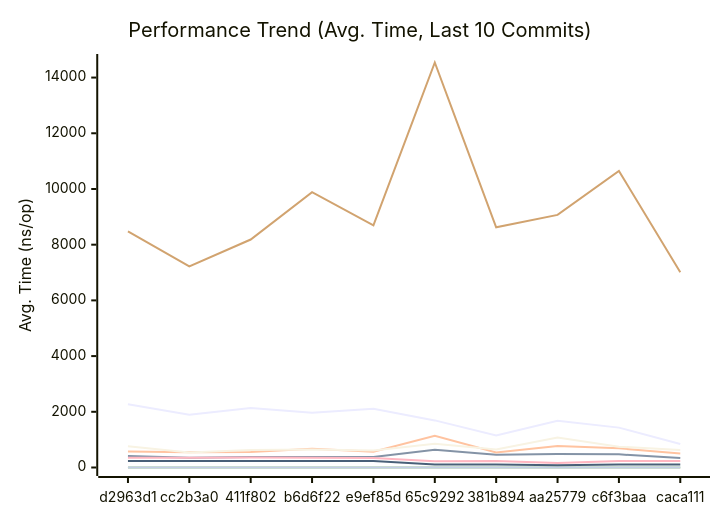
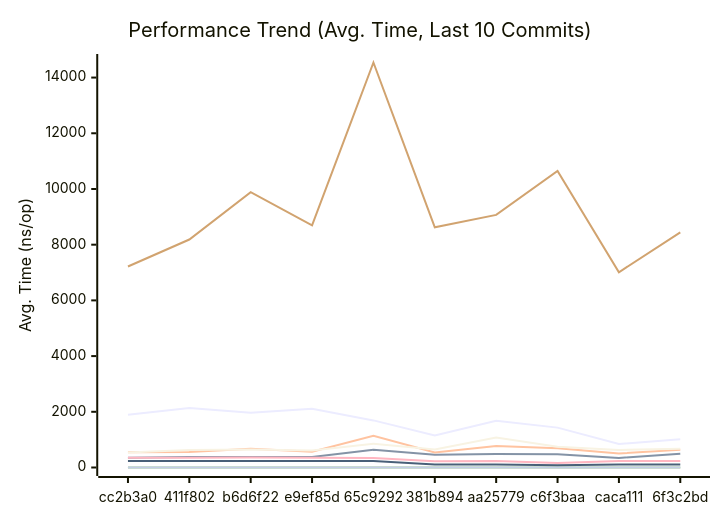
Before and after one commit to alsotoes/momo: the first of 3 diagrams in docs/PERFORMANCE.md, drawn with Mermaid. The commit also changed other lines of this file and 2 other files, not shown here.

````diff
--- a/docs/PERFORMANCE.md
+++ b/docs/PERFORMANCE.md
@@ -128,18 +128,18 @@
 ```mermaid
 xychart-beta
     title "Performance Trend (Avg. Time, Last 10 Commits)"
     x-axis "Commit"
     y-axis "Avg. Time (ns/op)"
-    x-axis [d2963d1,cc2b3a0,411f802,b6d6f22,e9ef85d,65c9292,381b894,aa25779,c6f3baa,caca111]
-    line "CheckMetricsAndSwap" [13,11,11,9,9,14,13,17,12,10]
-    line "CrushOptimized" [411,349,375,375,377,635,462,481,472,342]
-    line "CrushOriginal" [574,546,560,677,563,1141,538,771,688,503]
-    line "IndexDirectTracking" [0,0,0,1,0,1,1,0,1,0]
-    line "IndexSearch" [2,2,2,2,2,4,3,4,4,3]
-    line "LoadGlobalConfig" [8480,7218,8185,9886,8691,14541,8623,9070,10649,7011]
-    line "PadString" [3,2,3,3,3,3,3,3,3,2]
+    x-axis [cc2b3a0,411f802,b6d6f22,e9ef85d,65c9292,381b894,aa25779,c6f3baa,caca111,6f3c2bd]
+    line "CheckMetricsAndSwap" [11,11,9,9,14,13,17,12,10,9]
+    line "CrushOptimized" [349,375,375,377,635,462,481,472,342,495]
+    line "CrushOriginal" [546,560,677,563,1141,538,771,688,503,637]
+    line "IndexDirectTracking" [0,0,1,0,1,1,0,1,0,0]
+    line "IndexSearch" [2,2,2,2,4,3,4,4,3,3]
+    line "LoadGlobalConfig" [7218,8185,9886,8691,14541,8623,9070,10649,7011,8444]
+    line "PadString" [2,3,3,3,3,3,3,3,2,3]
     line "ParseReplicationOrder_NoPrealloc" [350,349,357,354,345,225,229,165,232,234]
     line "ParseReplicationOrder_Prealloc" [229,231,237,234,229,108,107,80,110,109]
-    line "SanitizeLog/Safe" [759,535,626,647,610,855,645,1080,747,628]
-    line "SanitizeLog/Unsafe" [2269,1896,2138,1962,2106,1691,1147,1679,1432,841]
+    line "SanitizeLog/Safe" [535,626,647,610,855,645,1080,747,628,673]
+    line "SanitizeLog/Unsafe" [1896,2138,1962,2106,1691,1147,1679,1432,841,1013]
 ```
````
